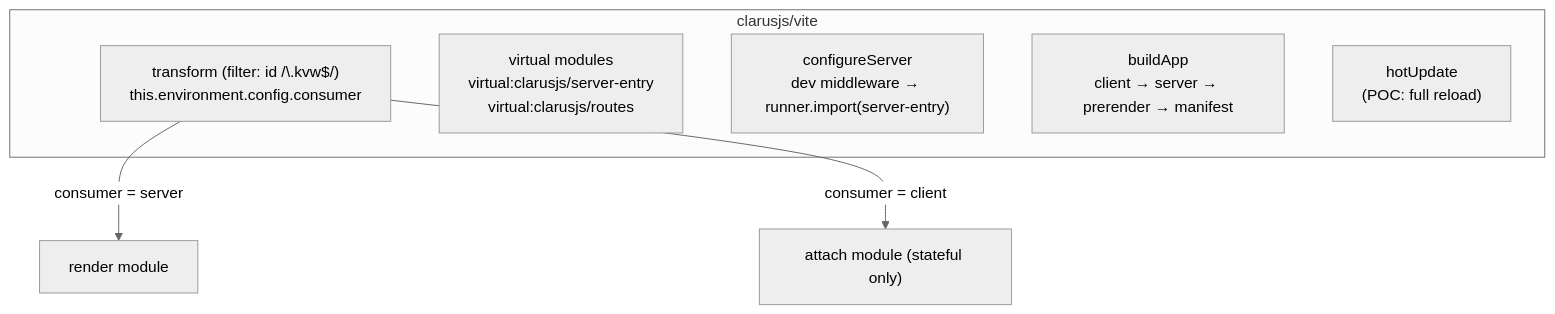
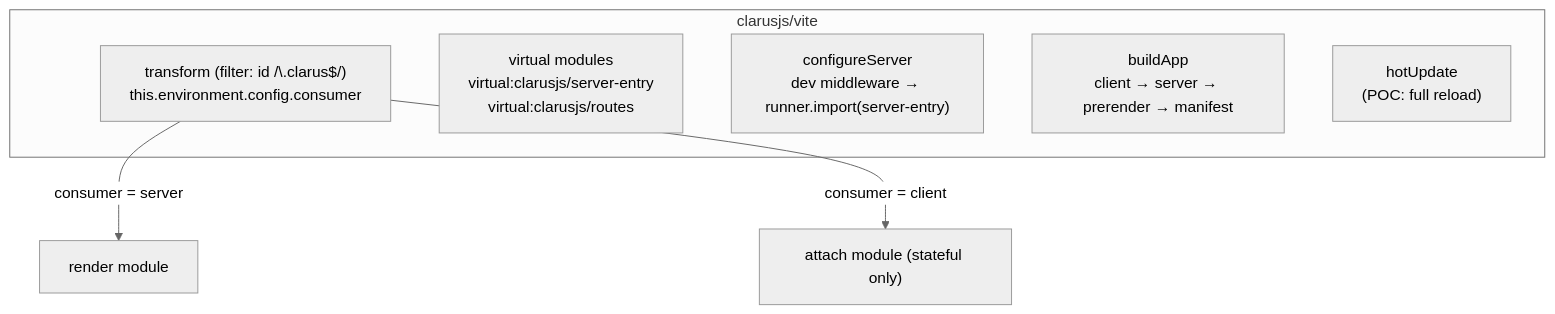
The sixth of 8 diagrams in docs/architecture.md (forinda/clarusjs), drawn with Mermaid (neutral theme) before and after one commit. The commit also changed other lines of this file and 31 other files, not shown here.

First line of the commit message:
chore: rename .kvw to .clarus and kv-* markers to cl-*

````diff
--- a/docs/architecture.md
+++ b/docs/architecture.md
@@ -380,12 +380,12 @@
 ```mermaid
 flowchart TD
   subgraph Plugin["clarusjs/vite"]
-    T["transform (filter: id /\.kvw$/)<br/>this.environment.config.consumer"]
+    T["transform (filter: id /\.clarus$/)<br/>this.environment.config.consumer"]
     V["virtual modules<br/>virtual:clarusjs/server-entry<br/>virtual:clarusjs/routes"]
     D["configureServer<br/>dev middleware → runner.import(server-entry)"]
     B["buildApp<br/>client → server → prerender → manifest"]
     HMR["hotUpdate<br/>(POC: full reload)"]
   end
   T -->|consumer = server| SR["render module"]
   T -->|consumer = client| CL["attach module (stateful only)"]
 ```
````
